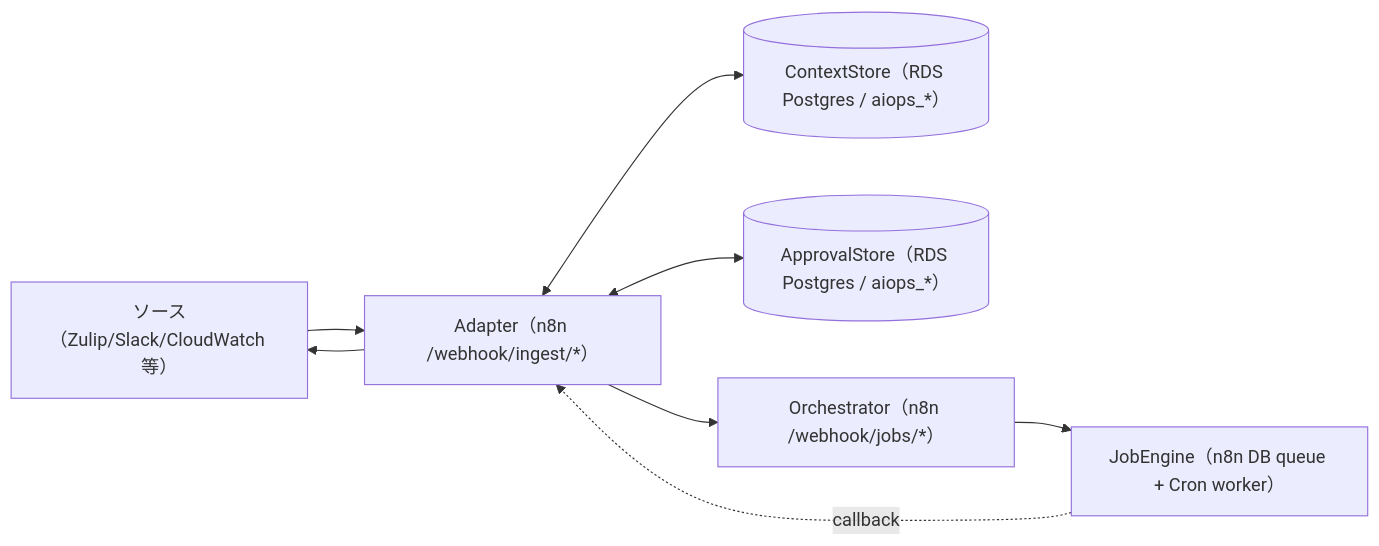
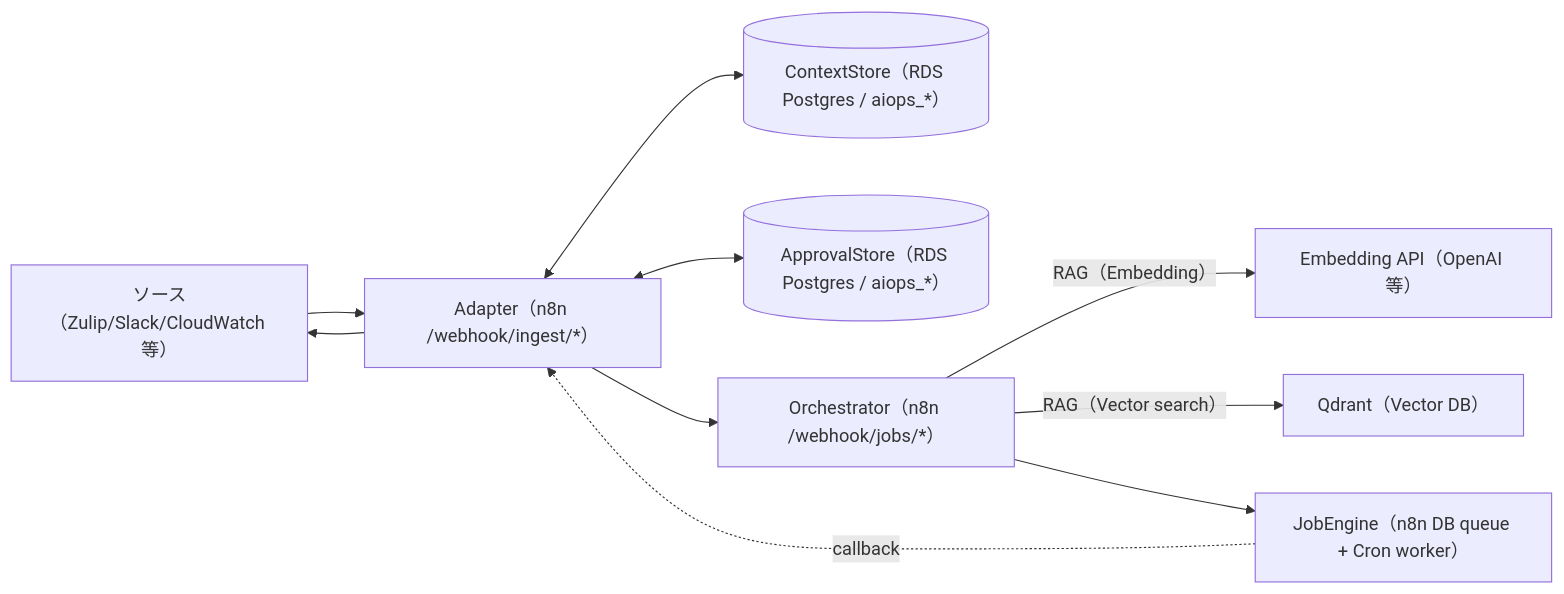
The diagram in apps/aiops_agent/docs/README.md (smic-aiops/aiops-agent), drawn with Mermaid before and after one commit. The commit also changed 7 other files, not shown here.

````diff
--- a/apps/aiops_agent/docs/README.md
+++ b/apps/aiops_agent/docs/README.md
@@ -10,10 +10,12 @@
 ```mermaid
 flowchart LR
   Source[ソース（Zulip/Slack/CloudWatch 等）] --> Adapter["Adapter（n8n /webhook/ingest/*）"]
   Adapter <--> ContextStore[(ContextStore（RDS Postgres / aiops_*）)]
   Adapter <--> ApprovalStore[(ApprovalStore（RDS Postgres / aiops_*）)]
   Adapter --> Orchestrator["Orchestrator（n8n /webhook/jobs/*）"]
+  Orchestrator -->|RAG（Embedding）| EmbeddingAPI[Embedding API（OpenAI 等）]
+  Orchestrator -->|RAG（Vector search）| Qdrant[Qdrant（Vector DB）]
   Orchestrator --> JobEngine["JobEngine（n8n DB queue + Cron worker）"]
   JobEngine -. callback .-> Adapter
   Adapter --> Source
 ```
````
